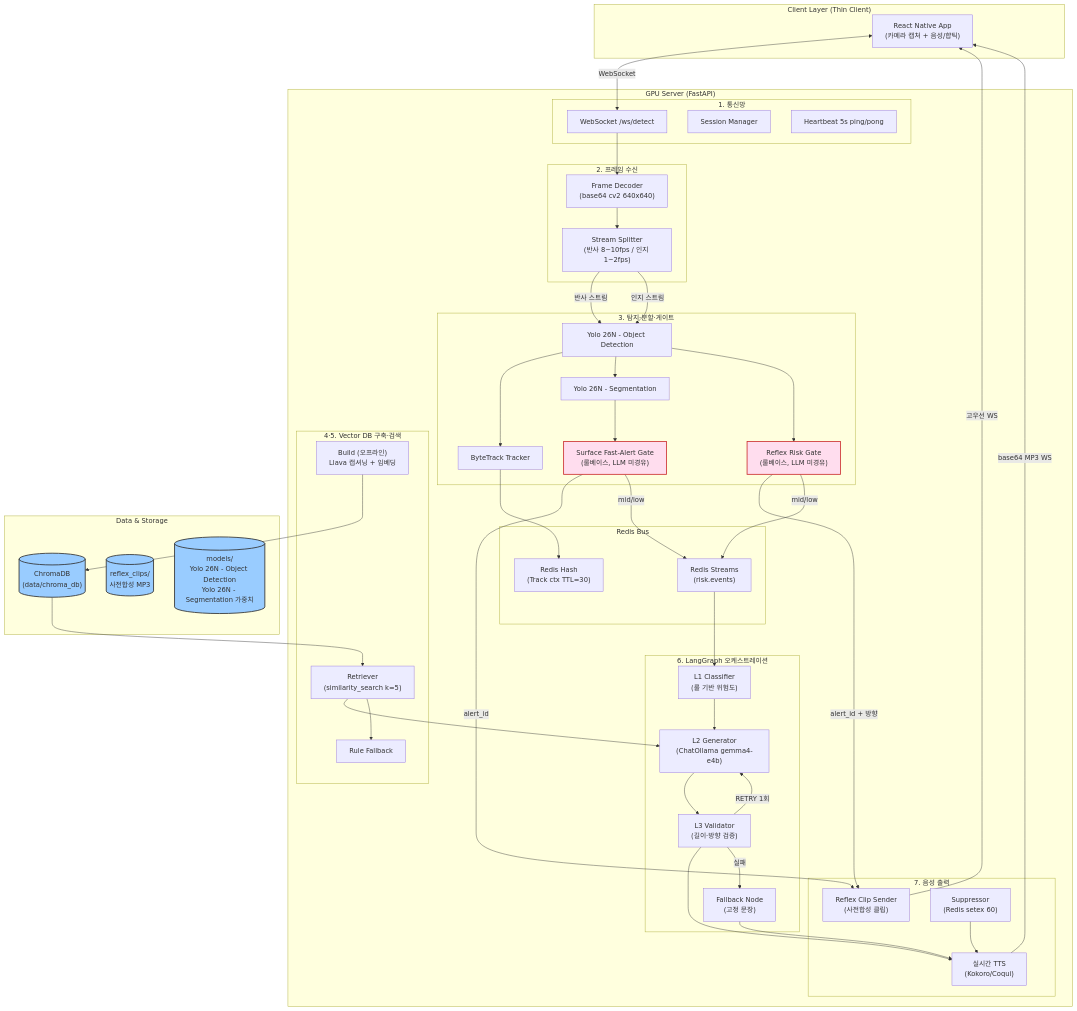
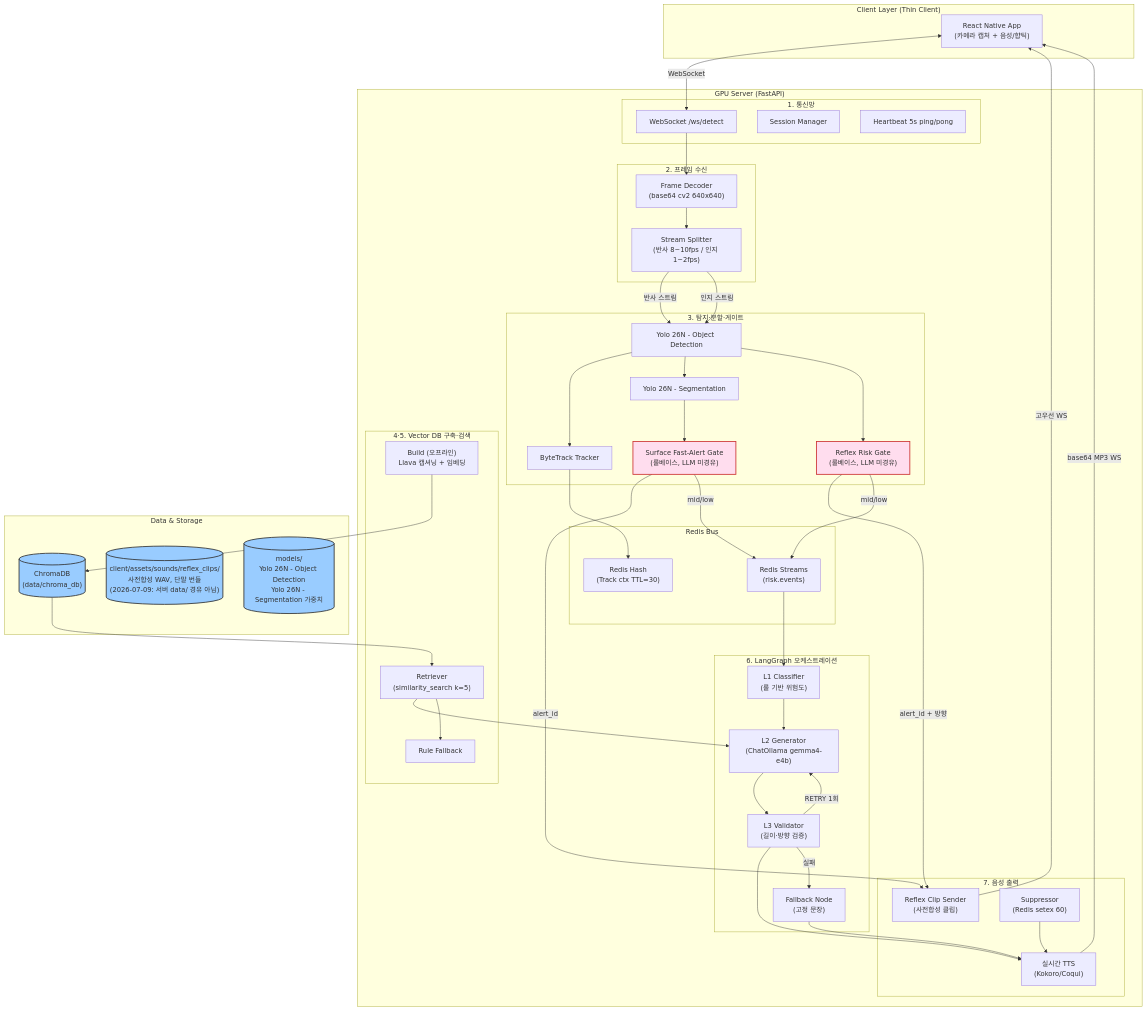
One commit to Groog-sudo/Minchodan changed the first of 2 diagrams in docs/design/architecture.md. Above: the diagram before and after it, drawn with Mermaid. The commit also changed other lines of this file and 77 other files, not shown here.

```diff
--- a/docs/design/architecture.md
+++ b/docs/design/architecture.md
@@ -101,7 +101,7 @@
 
     subgraph Data ["Data & Storage"]
         Chroma[("ChromaDB<br/>(data/chroma_db)")]
-        Clips[("reflex_clips/<br/>사전합성 MP3")]
+        Clips[("client/assets/sounds/reflex_clips/<br/>사전합성 WAV, 단말 번들<br/>(2026-07-09: 서버 data/ 경유 아님)")]
         Models[("models/<br/>Yolo 26N - Object Detection<br/>Yolo 26N - Segmentation 가중치")]
     end
 
```
